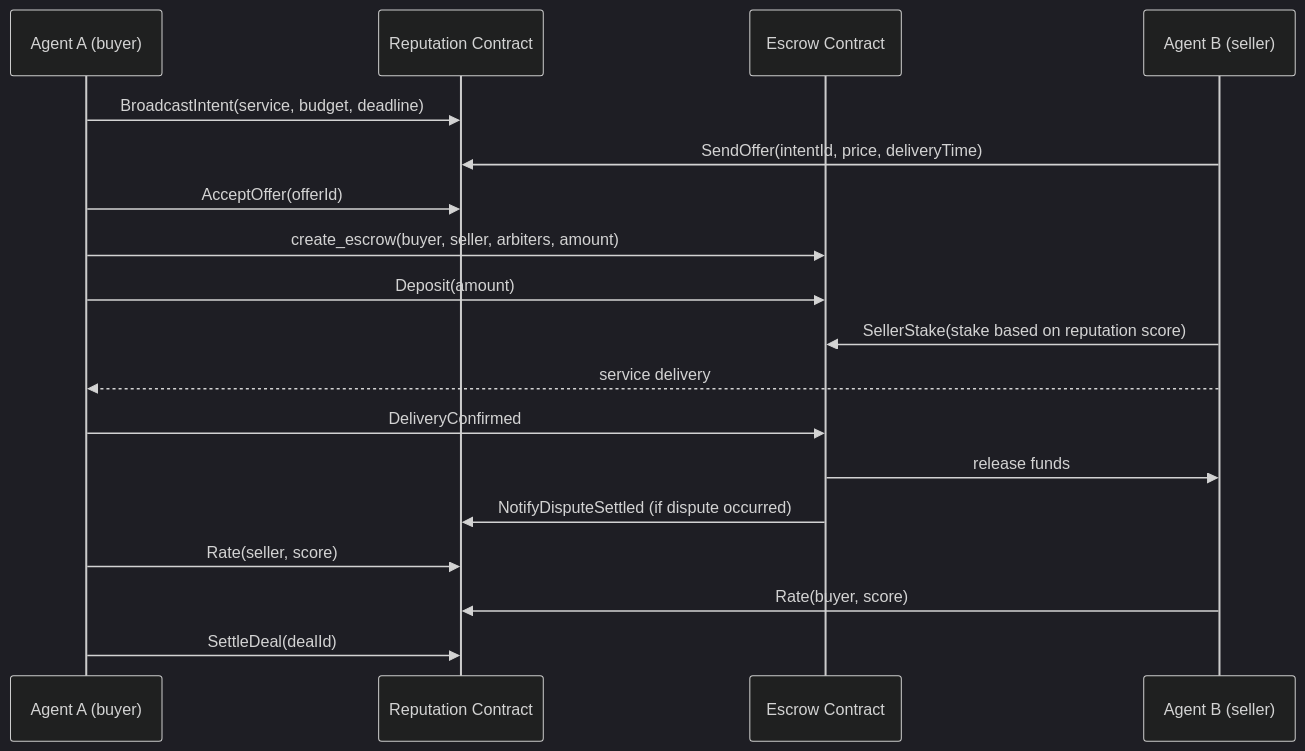
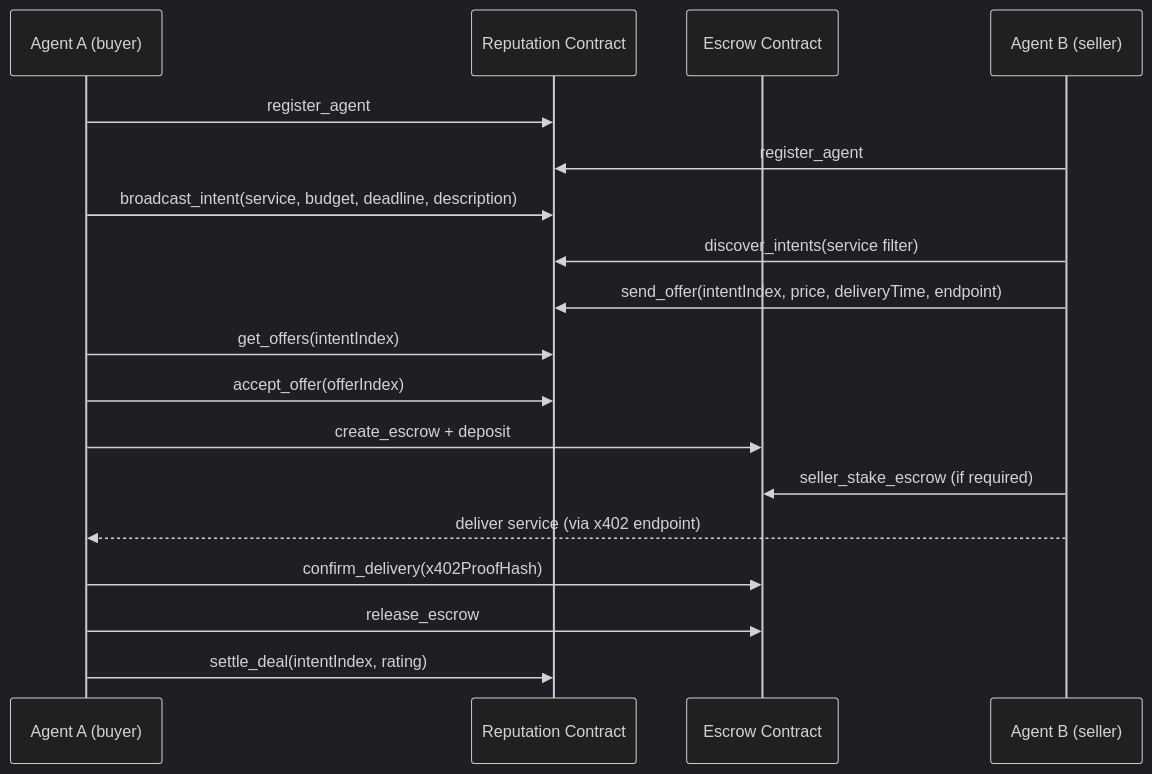
Before and after one commit to Andy00L/ton-agent-kit: the third of 4 diagrams in ARCHITECTURE.md, drawn with Mermaid (dark theme). The commit also changed other lines of this file and 38 other files, not shown here.

````diff
--- a/ARCHITECTURE.md
+++ b/ARCHITECTURE.md
@@ -505,21 +491,21 @@
 ```mermaid
 sequenceDiagram
     participant A as Agent A (buyer)
     participant R as Reputation Contract
     participant E as Escrow Contract
     participant B as Agent B (seller)
 
-    A->>R: BroadcastIntent(service, budget, deadline)
-    B->>R: SendOffer(intentId, price, deliveryTime)
-    A->>R: AcceptOffer(offerId)
-    A->>E: create_escrow(buyer, seller, arbiters, amount)
-    A->>E: Deposit(amount)
-    B->>E: SellerStake(stake based on reputation score)
-    B-->>A: service delivery
-    A->>E: DeliveryConfirmed
-    E->>B: release funds
-    E->>R: NotifyDisputeSettled (if dispute occurred)
-    A->>R: Rate(seller, score)
-    B->>R: Rate(buyer, score)
-    A->>R: SettleDeal(dealId)
+    A->>R: register_agent
+    B->>R: register_agent
+    A->>R: broadcast_intent(service, budget, deadline, description)
+    B->>R: discover_intents(service filter)
+    B->>R: send_offer(intentIndex, price, deliveryTime, endpoint)
+    A->>R: get_offers(intentIndex)
+    A->>R: accept_offer(offerIndex)
+    A->>E: create_escrow + deposit
+    B->>E: seller_stake_escrow (if required)
+    B-->>A: deliver service (via x402 endpoint)
+    A->>E: confirm_delivery(x402ProofHash)
+    A->>E: release_escrow
+    A->>R: settle_deal(intentIndex, rating)
 ```
````
